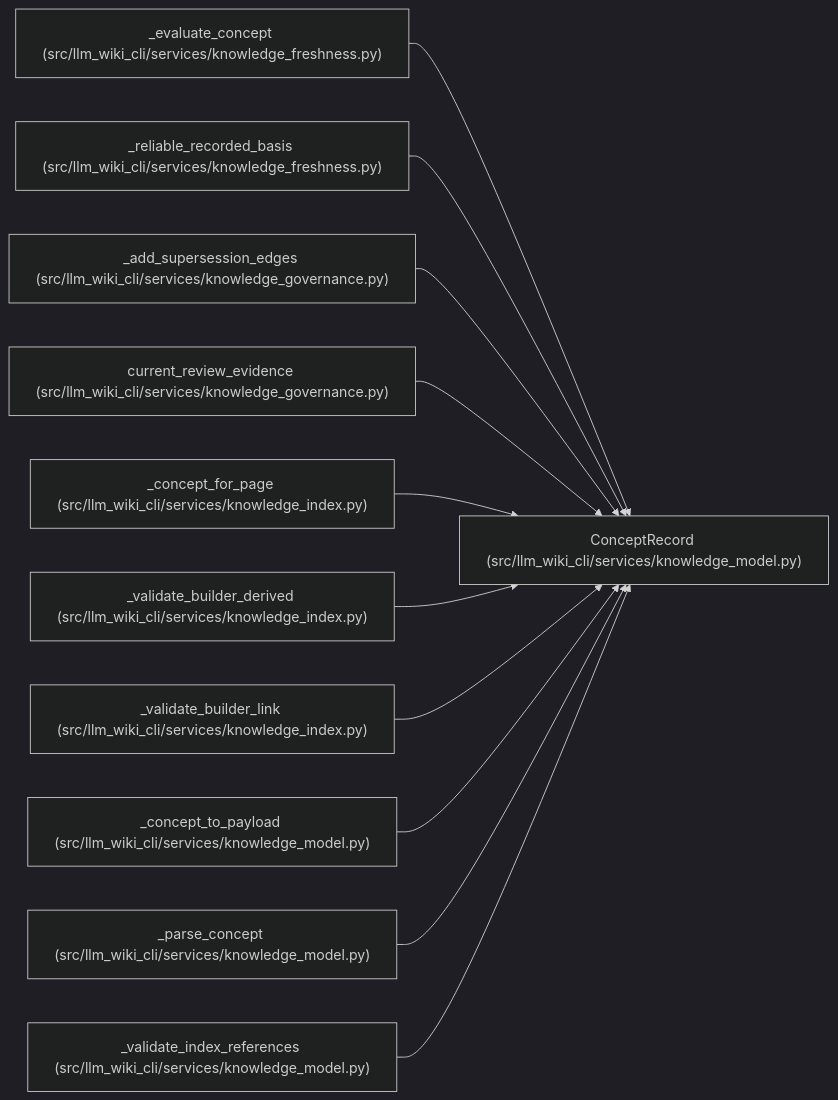
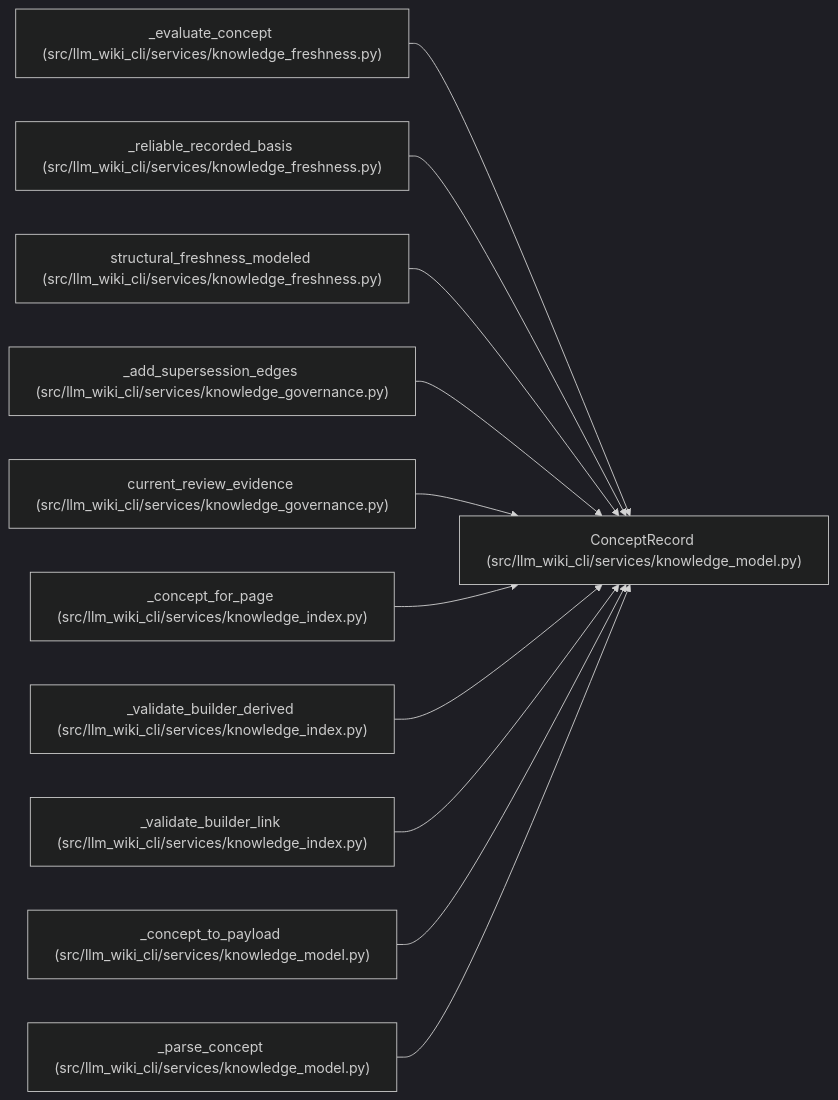
One commit to Denissvgn/python-wiki-llm changed the diagram in docs/llm_wiki/entities/ConceptRecord.md. Above: the diagram before and after it, drawn with Mermaid (dark theme). The commit also changed other lines of this file and 398 other files, not shown here.

````diff
--- a/docs/llm_wiki/entities/ConceptRecord.md
+++ b/docs/llm_wiki/entities/ConceptRecord.md
@@ -33,35 +33,35 @@
 ```mermaid
 flowchart LR
     n0["ConceptRecord (src/llm_wiki_cli/services/knowledge_model.py)"]
     n1["_evaluate_concept (src/llm_wiki_cli/services/knowledge_freshness.py)"]
     n2["_reliable_recorded_basis (src/llm_wiki_cli/services/knowledge_freshness.py)"]
-    n3["_add_supersession_edges (src/llm_wiki_cli/services/knowledge_governance.py)"]
-    n4["current_review_evidence (src/llm_wiki_cli/services/knowledge_governance.py)"]
-    n5["_concept_for_page (src/llm_wiki_cli/services/knowledge_index.py)"]
-    n6["_validate_builder_derived (src/llm_wiki_cli/services/knowledge_index.py)"]
-    n7["_validate_builder_link (src/llm_wiki_cli/services/knowledge_index.py)"]
-    n8["_concept_to_payload (src/llm_wiki_cli/services/knowledge_model.py)"]
-    n9["_parse_concept (src/llm_wiki_cli/services/knowledge_model.py)"]
-    n10["_validate_index_references (src/llm_wiki_cli/services/knowledge_model.py)"]
+    n3["structural_freshness_modeled (src/llm_wiki_cli/services/knowledge_freshness.py)"]
+    n4["_add_supersession_edges (src/llm_wiki_cli/services/knowledge_governance.py)"]
+    n5["current_review_evidence (src/llm_wiki_cli/services/knowledge_governance.py)"]
+    n6["_concept_for_page (src/llm_wiki_cli/services/knowledge_index.py)"]
+    n7["_validate_builder_derived (src/llm_wiki_cli/services/knowledge_index.py)"]
+    n8["_validate_builder_link (src/llm_wiki_cli/services/knowledge_index.py)"]
+    n9["_concept_to_payload (src/llm_wiki_cli/services/knowledge_model.py)"]
+    n10["_parse_concept (src/llm_wiki_cli/services/knowledge_model.py)"]
     n1 --> n0
     n2 --> n0
     n3 --> n0
     n4 --> n0
     n5 --> n0
     n6 --> n0
     n7 --> n0
     n8 --> n0
     n9 --> n0
     n10 --> n0
     click n0 "../modules/knowledge_model.md"
     click n1 "../modules/knowledge_freshness.md"
     click n2 "../modules/knowledge_freshness.md"
-    click n3 "../modules/knowledge_governance.md"
+    click n3 "../modules/knowledge_freshness.md"
     click n4 "../modules/knowledge_governance.md"
-    click n5 "../modules/knowledge_index.md"
+    click n5 "../modules/knowledge_governance.md"
     click n6 "../modules/knowledge_index.md"
     click n7 "../modules/knowledge_index.md"
-    click n8 "../modules/knowledge_model.md"
+    click n8 "../modules/knowledge_index.md"
     click n9 "../modules/knowledge_model.md"
     click n10 "../modules/knowledge_model.md"
 ```
````
